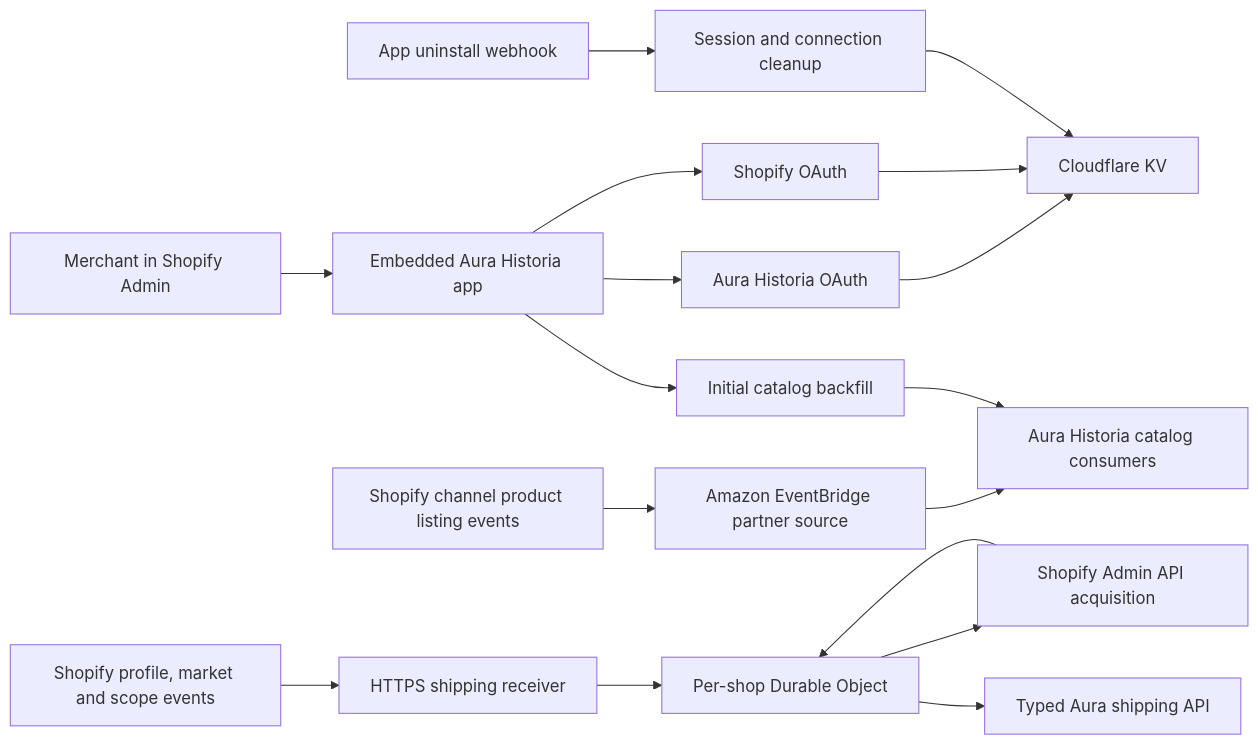
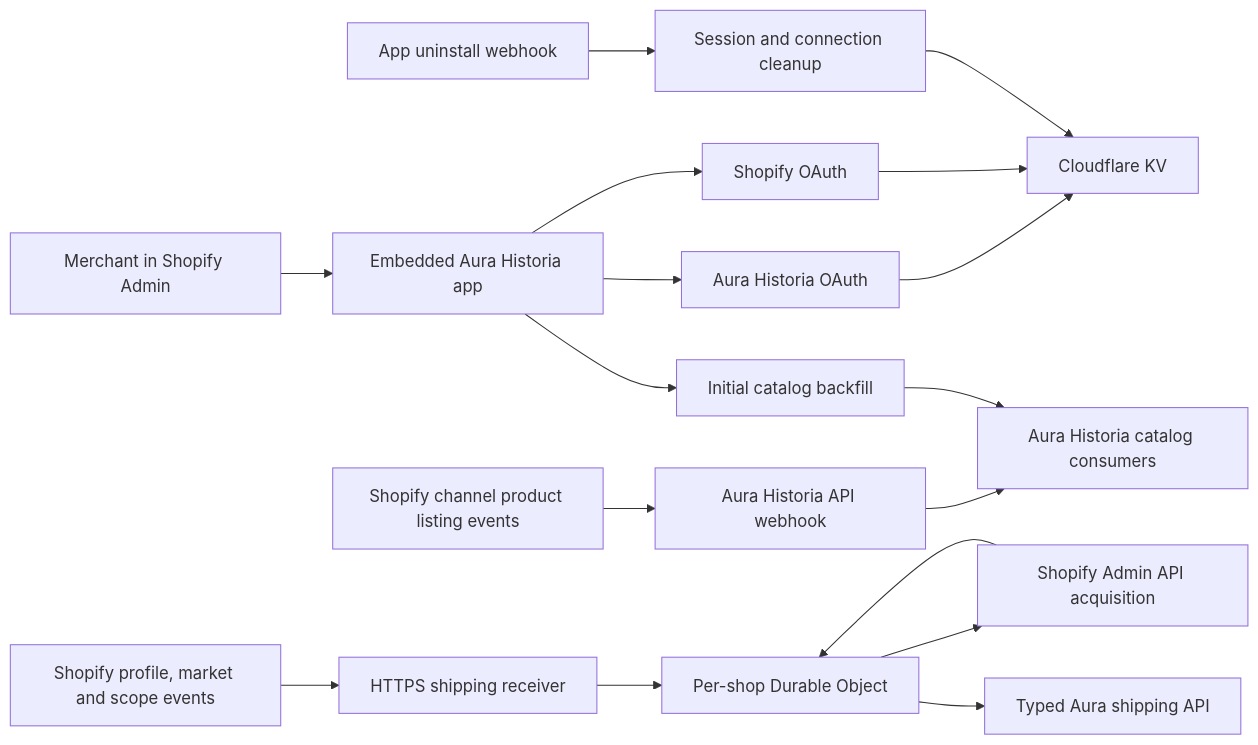
One commit to aura-historia/shopify-app changed the diagram in README.md. Above: the diagram before and after it, drawn with Mermaid. The commit also changed other lines of this file and 6 other files, not shown here.

First line of the commit message:
feat: deliver product_listings webhooks to the Aura API over HTTPS (#439)

````diff
--- a/README.md
+++ b/README.md
@@ -40,19 +40,19 @@
 ```mermaid
 flowchart LR
     M[Merchant in Shopify Admin] --> I[Embedded Aura Historia app]
     I --> S[Shopify OAuth]
     I --> O[Aura Historia OAuth]
     O --> K[Cloudflare KV]
     S --> K
-    P[Shopify channel product listing events] --> E[Amazon EventBridge partner source]
+    P[Shopify channel product listing events] --> E[Aura Historia API webhook]
     E --> A[Aura Historia catalog consumers]
     I --> B[Initial catalog backfill]
     B --> A
     U[App uninstall webhook] --> C[Session and connection cleanup]
     C --> K
     SP[Shopify profile, market and scope events] --> H[HTTPS shipping receiver]
     H --> D[Per-shop Durable Object]
     D --> G[Shopify Admin API acquisition]
     G --> D
     D --> SH[Typed Aura shipping API]
 ```
````
